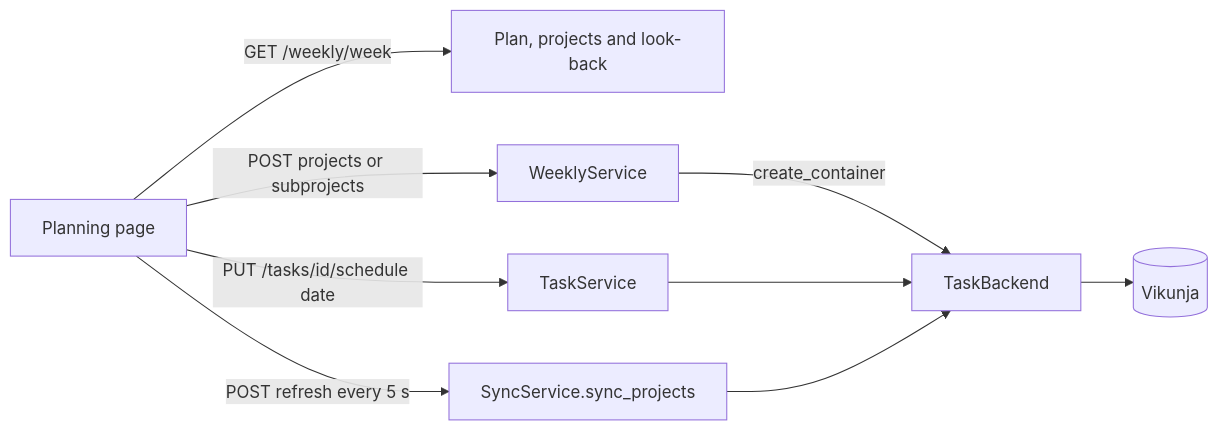
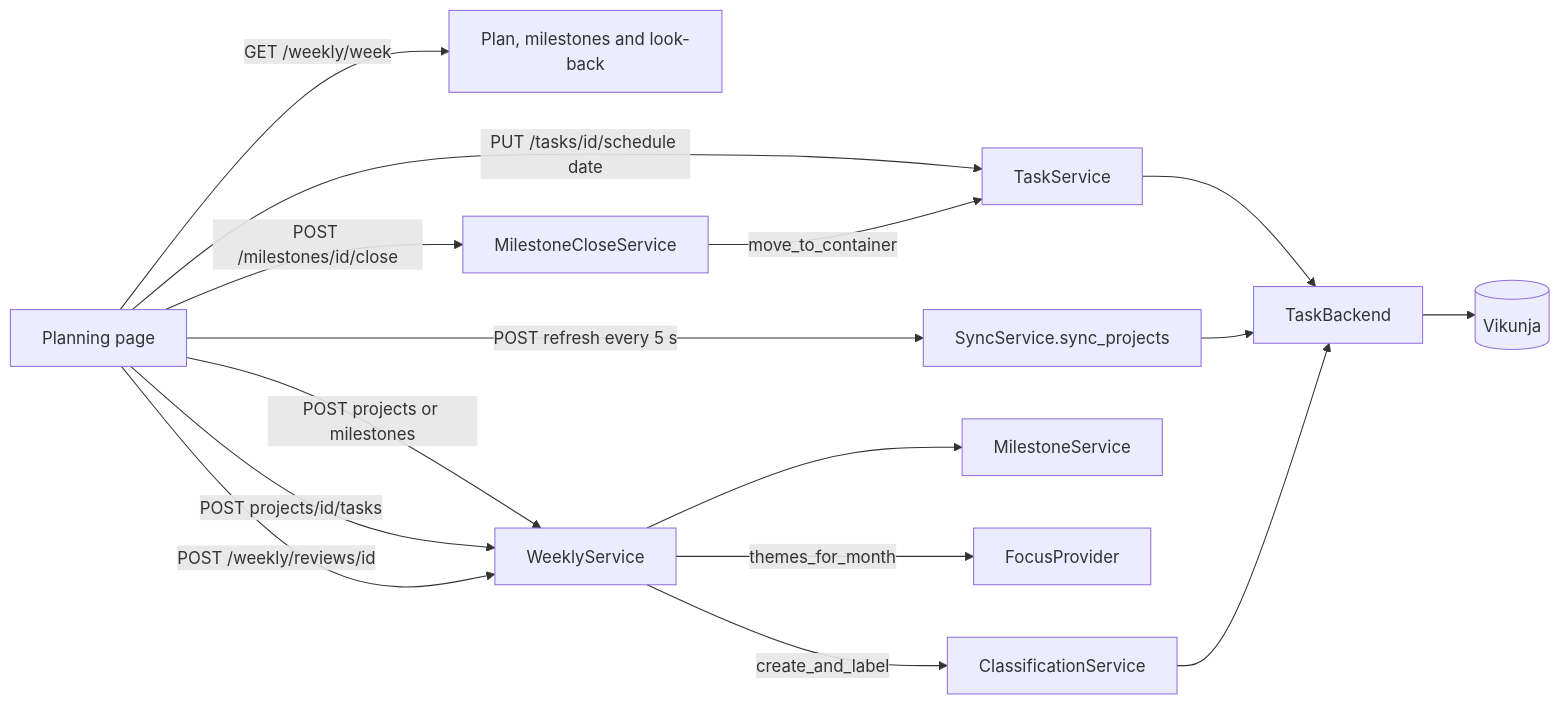
Before and after one commit to bergercookie/tefteri: the diagram in docs/developer/weekly-planning.md, drawn with Mermaid. The commit also changed other lines of this file and 18 other files, not shown here.

````diff
--- a/docs/developer/weekly-planning.md
+++ b/docs/developer/weekly-planning.md
@@ -23,11 +91,18 @@
 ```mermaid
 flowchart LR
-  ui[Planning page] -->|GET /weekly/week| state[Plan, projects and look-back]
-  ui -->|POST projects or subprojects| plan[WeeklyService]
+  ui[Planning page] -->|GET /weekly/week| state[Plan, milestones and look-back]
+  ui -->|POST projects or milestones| plan[WeeklyService]
+  ui -->|POST projects/id/tasks| plan
   ui -->|PUT /tasks/id/schedule date| task[TaskService]
   ui -->|POST refresh every 5 s| sync[SyncService.sync_projects]
-  plan -->|create_container| port[TaskBackend]
-  task --> port
+  ui -->|POST /milestones/id/close| close[MilestoneCloseService]
+  ui -->|POST /weekly/reviews/id| plan
+  plan --> ms[MilestoneService]
+  plan -->|themes_for_month| focus[FocusProvider]
+  plan -->|create_and_label| cls[ClassificationService]
+  close -->|move_to_container| task
+  task --> port[TaskBackend]
   sync --> port
+  cls --> port
   port --> app[(Vikunja)]
 ```
````
